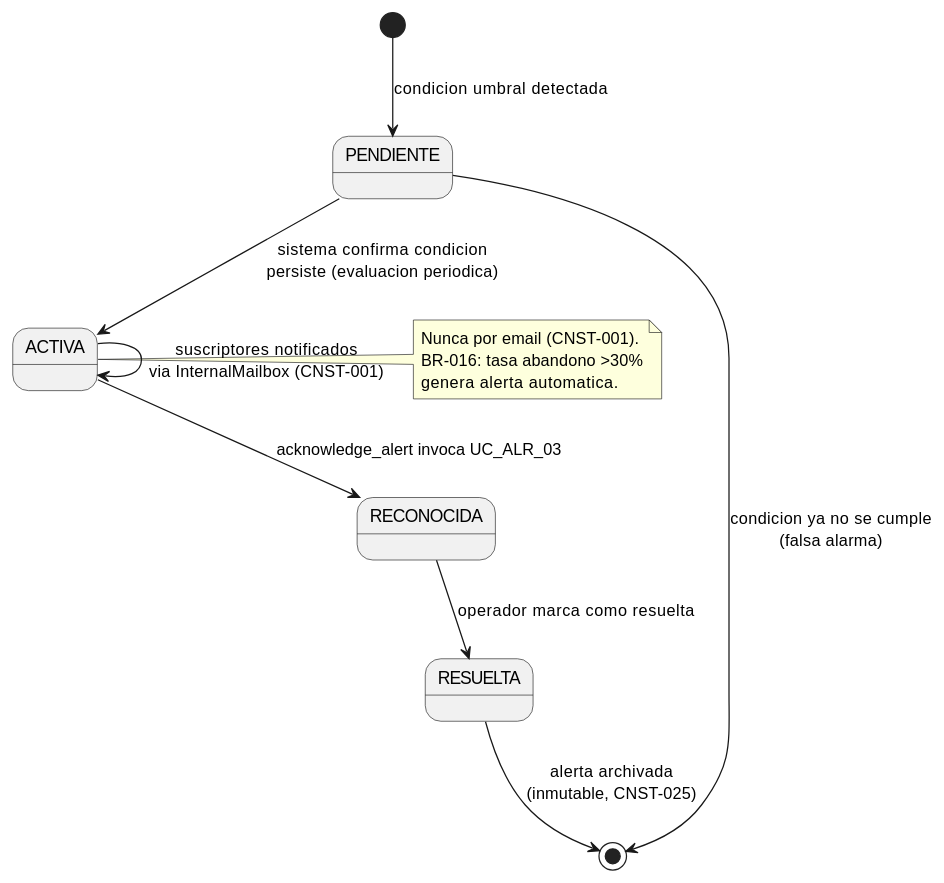
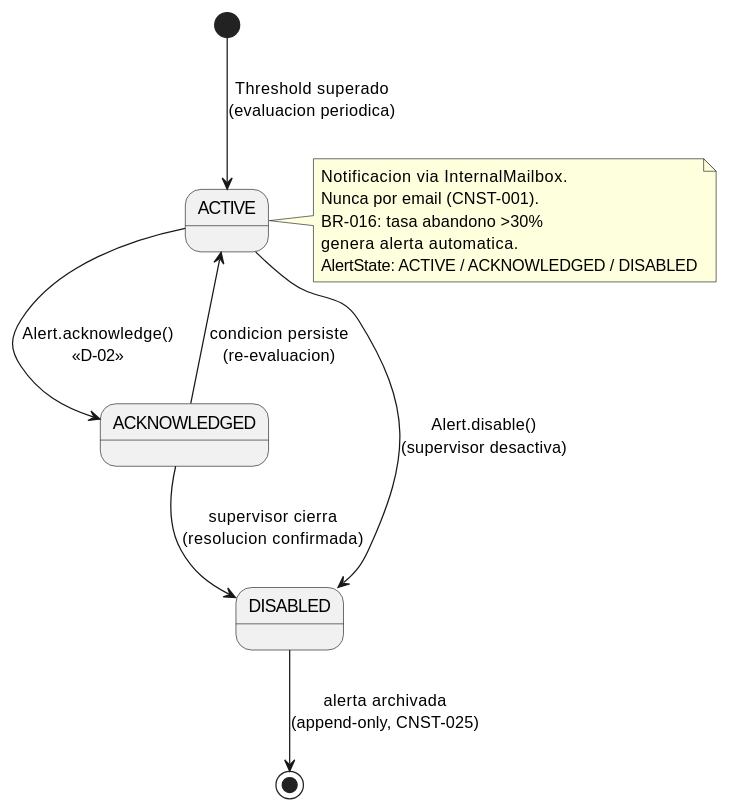
Before and after one commit to jcg-admin/IACT-docs: the diagram in source/arquitectura-tecnica/modulos/alerts/diagramas/ciclo-vida-alerta.rst, drawn with PlantUML. The commit also changed 3 other files, not shown here.

```diff
--- a/source/arquitectura-tecnica/modulos/alerts/diagramas/ciclo-vida-alerta.rst
+++ b/source/arquitectura-tecnica/modulos/alerts/diagramas/ciclo-vida-alerta.rst
@@ -22,23 +22,24 @@
 .. uml::
  :caption: Estados de una alerta — desde el disparo hasta su resolucion.
 
  @startuml
 
- [*] --> PENDIENTE : condicion umbral detectada
+ [*] --> ACTIVE : Threshold superado\n(evaluacion periodica)
 
- PENDIENTE --> ACTIVA : sistema confirma condicion\npersiste (evaluacion periodica)
- PENDIENTE --> [*] : condicion ya no se cumple\n(falsa alarma)
+ ACTIVE --> ACKNOWLEDGED : Alert.acknowledge()\n<<D-02>>
+ ACTIVE --> DISABLED : Alert.disable()\n(supervisor desactiva)
 
- ACTIVA --> RECONOCIDA : acknowledge_alert invoca UC_ALR_03
- ACTIVA --> ACTIVA : suscriptores notificados\nvia InternalMailbox (CNST-001)
+ ACKNOWLEDGED --> DISABLED : supervisor cierra\n(resolucion confirmada)
+ ACKNOWLEDGED --> ACTIVE : condicion persiste\n(re-evaluacion)
 
- RECONOCIDA --> RESUELTA : operador marca como resuelta
- RESUELTA --> [*] : alerta archivada\n(inmutable, CNST-025)
+ DISABLED --> [*] : alerta archivada\n(append-only, CNST-025)
 
- note right of ACTIVA
+ note right of ACTIVE
+   Notificacion via InternalMailbox.
    Nunca por email (CNST-001).
    BR-016: tasa abandono >30%
    genera alerta automatica.
+   AlertState: ACTIVE / ACKNOWLEDGED / DISABLED
  end note
 
  @enduml
```
